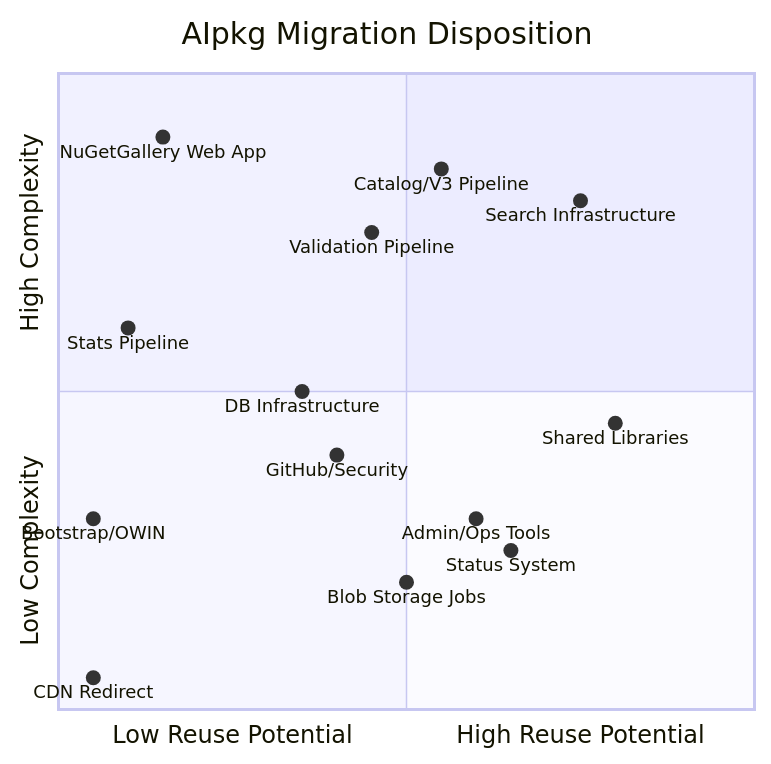
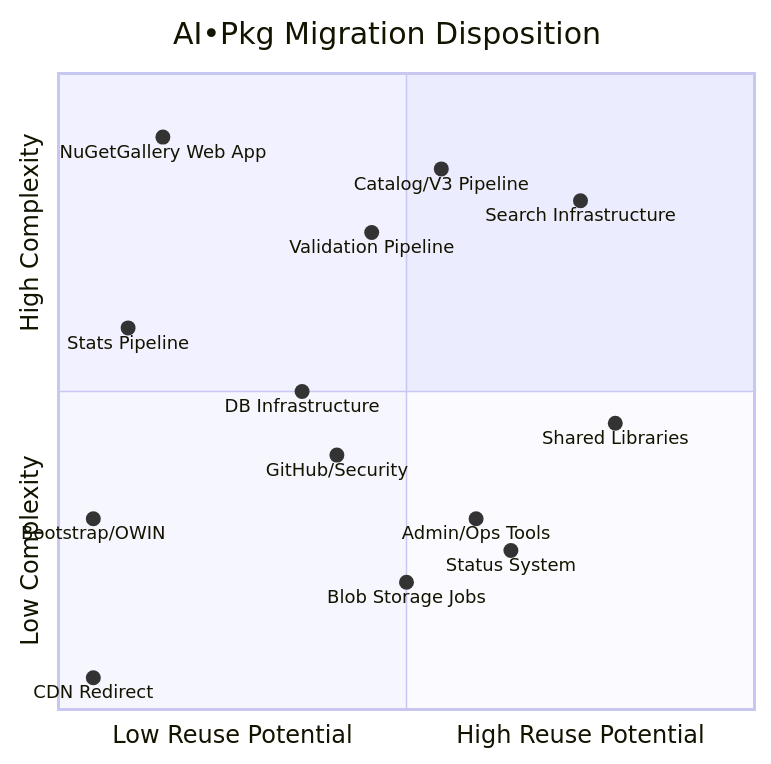
One commit to CloudNimble/AIPkgGallery changed diagram 14 of 14 in src/AIPkg.Docs/inventory/index.mdx. Above: the diagram before and after it, drawn with Mermaid. The commit also changed other lines of this file and 63 other files, not shown here.

````diff
--- a/src/AIPkg.Docs/inventory/index.mdx
+++ b/src/AIPkg.Docs/inventory/index.mdx
@@ -466,20 +466,20 @@
 ```mermaid
 quadrantChart
-    title AIpkg Migration Disposition
+    title AI•Pkg Migration Disposition
     x-axis "Low Reuse Potential" --> "High Reuse Potential"
     y-axis "Low Complexity" --> "High Complexity"
 
     NuGetGallery Web App: [0.15, 0.9]
     Search Infrastructure: [0.75, 0.8]
     Catalog/V3 Pipeline: [0.55, 0.85]
     Validation Pipeline: [0.45, 0.75]
     DB Infrastructure: [0.35, 0.5]
     Shared Libraries: [0.8, 0.45]
     Stats Pipeline: [0.1, 0.6]
     GitHub/Security: [0.4, 0.4]
     Admin/Ops Tools: [0.6, 0.3]
     Blob Storage Jobs: [0.5, 0.2]
     Status System: [0.65, 0.25]
     CDN Redirect: [0.05, 0.05]
     Bootstrap/OWIN: [0.05, 0.3]
 ```
````
